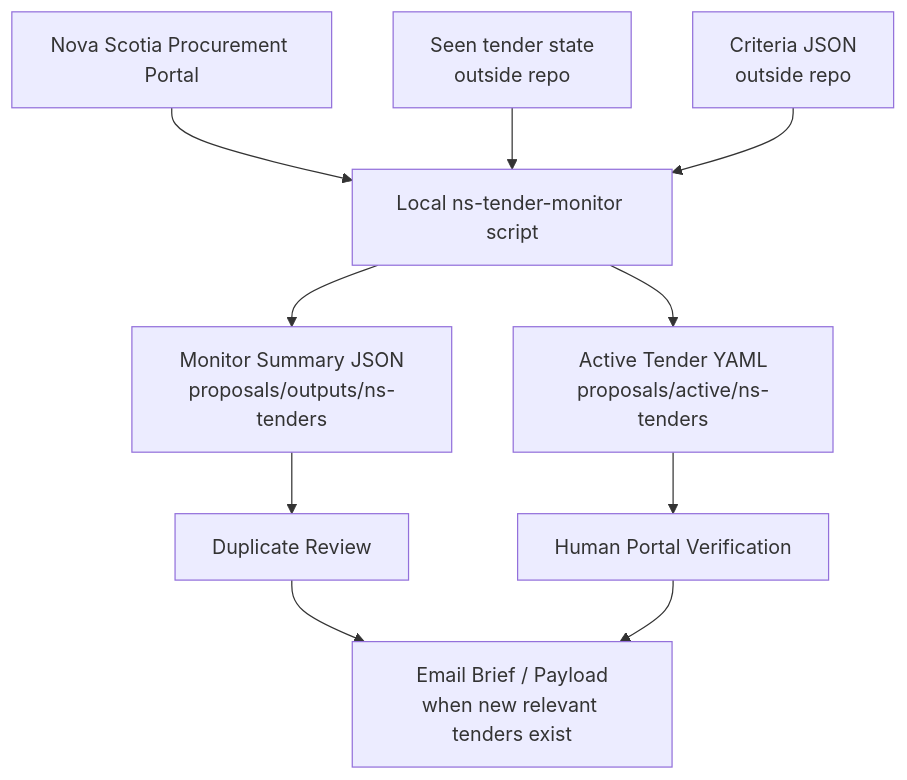
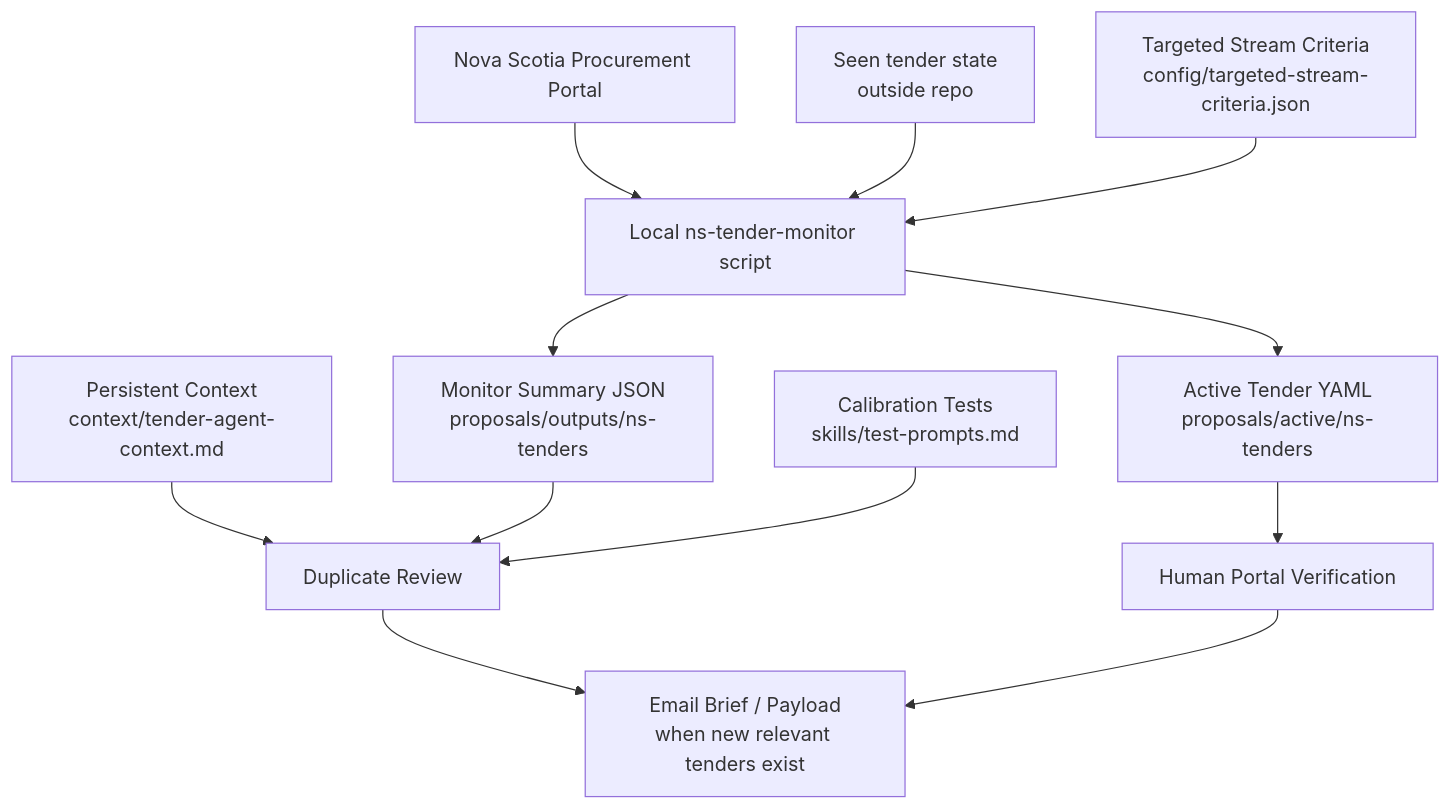
One commit to jayapatel1511-hub/Tender-Agent changed the diagram in docs/agent_flow.md. Above: the diagram before and after it, drawn with Mermaid. The commit also changed other lines of this file and 12 other files, not shown here.

Commit message:
Add targeted tender agent instructions

````diff
--- a/docs/agent_flow.md
+++ b/docs/agent_flow.md
@@ -5,12 +5,14 @@
 ```mermaid
 flowchart TD
     A["Nova Scotia Procurement Portal"] --> B["Local ns-tender-monitor script"]
     C["Seen tender state<br/>outside repo"] --> B
-    D["Criteria JSON<br/>outside repo"] --> B
+    D["Targeted Stream Criteria<br/>config/targeted-stream-criteria.json"] --> B
+    M["Persistent Context<br/>context/tender-agent-context.md"] --> G
     B --> E["Monitor Summary JSON<br/>proposals/outputs/ns-tenders"]
     B --> F["Active Tender YAML<br/>proposals/active/ns-tenders"]
     E --> G["Duplicate Review"]
     F --> H["Human Portal Verification"]
     G --> I["Email Brief / Payload<br/>when new relevant tenders exist"]
     H --> I
+    T["Calibration Tests<br/>skills/test-prompts.md"] --> G
 ```
````
